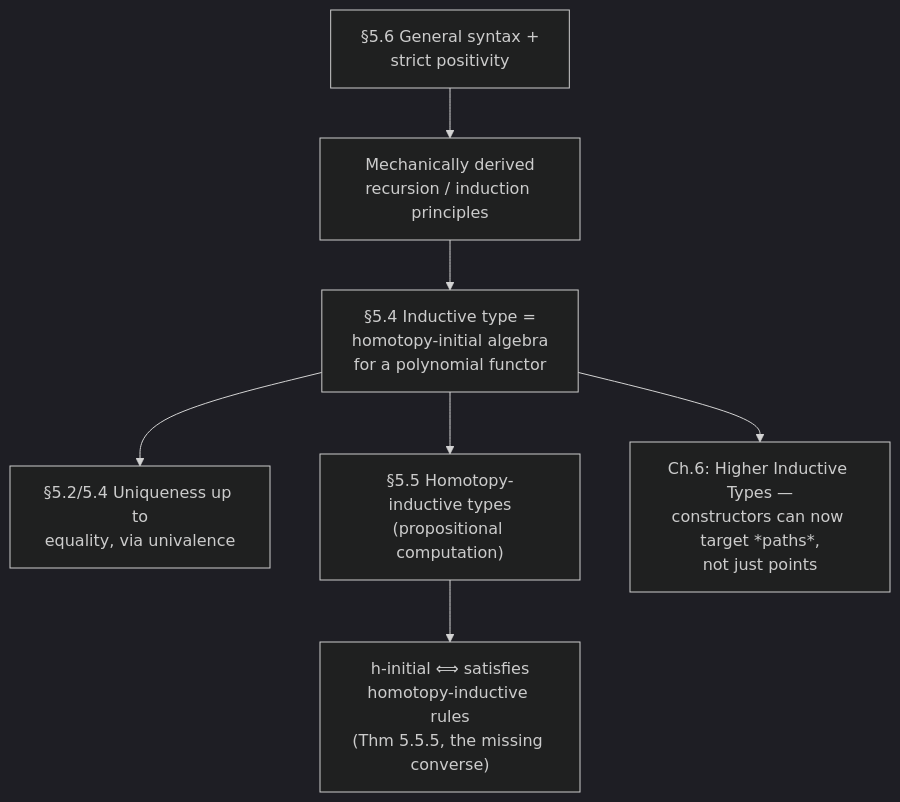
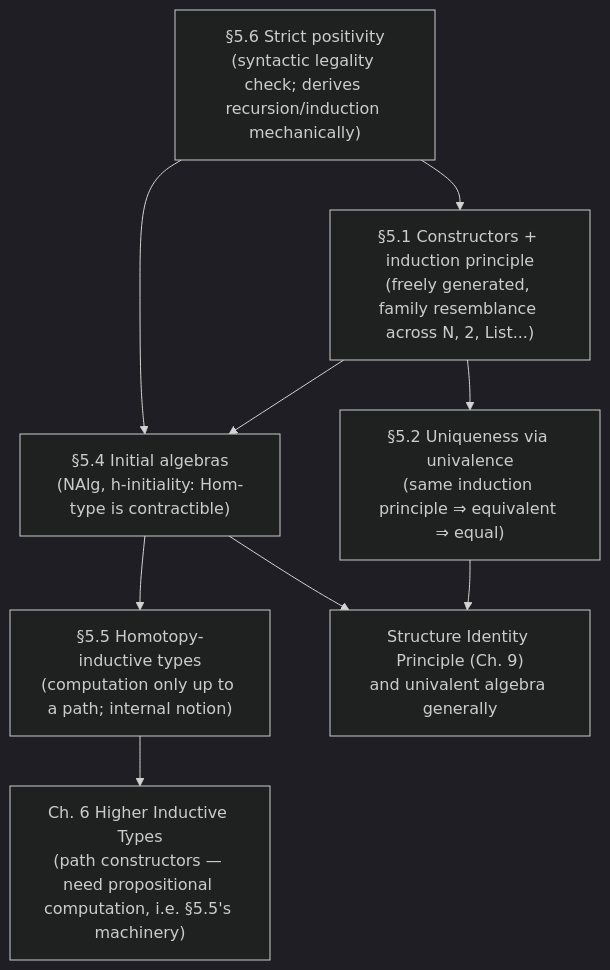
The diagram in 14_homotopy_type_theory/Inductive-Definitions-and-Initial-Algebras.md (superoptimo/type_theory_vaults), drawn with Mermaid (dark theme) before and after one commit. The commit also changed other lines of this file and 1097 other files, not shown here.

Commit message:
Update vaults books with learning roadmaps

````diff
--- a/14_homotopy_type_theory/Inductive-Definitions-and-Initial-Algebras.md
+++ b/14_homotopy_type_theory/Inductive-Definitions-and-Initial-Algebras.md
@@ -486,9 +200,19 @@
 ```mermaid
-flowchart TB
-    S["§5.6 General syntax +<br/>strict positivity"] --> R["Mechanically derived<br/>recursion / induction principles"]
-    R --> IA["§5.4 Inductive type =<br/>homotopy-initial algebra<br/>for a polynomial functor"]
-    IA --> U["§5.2/5.4 Uniqueness up to<br/>equality, via univalence"]
-    IA --> HI["§5.5 Homotopy-inductive types<br/>(propositional computation)"]
-    HI --> CONV["h-initial ⟺ satisfies<br/>homotopy-inductive rules<br/>(Thm 5.5.5, the missing converse)"]
-    IA --> CH6["Ch.6: Higher Inductive Types —<br/>constructors can now target *paths*,<br/>not just points"]
+flowchart TD
+    A["§5.1 Constructors + induction principle<br/>(freely generated, family resemblance across N, 2, List...)"]
+    B["§5.2 Uniqueness via univalence<br/>(same induction principle ⇒ equivalent ⇒ equal)"]
+    C["§5.4 Initial algebras<br/>(NAlg, h-initiality: Hom-type is contractible)"]
+    D["§5.5 Homotopy-inductive types<br/>(computation only up to a path; internal notion)"]
+    E["§5.6 Strict positivity<br/>(syntactic legality check; derives recursion/induction mechanically)"]
+    F["Ch. 6 Higher Inductive Types<br/>(path constructors — need propositional computation, i.e. §5.5's machinery)"]
+    G["Structure Identity Principle (Ch. 9)<br/>and univalent algebra generally"]
+
+    A --> B
+    A --> C
+    C --> D
+    E --> A
+    E --> C
+    D --> F
+    B --> G
+    C --> G
 ```
````
